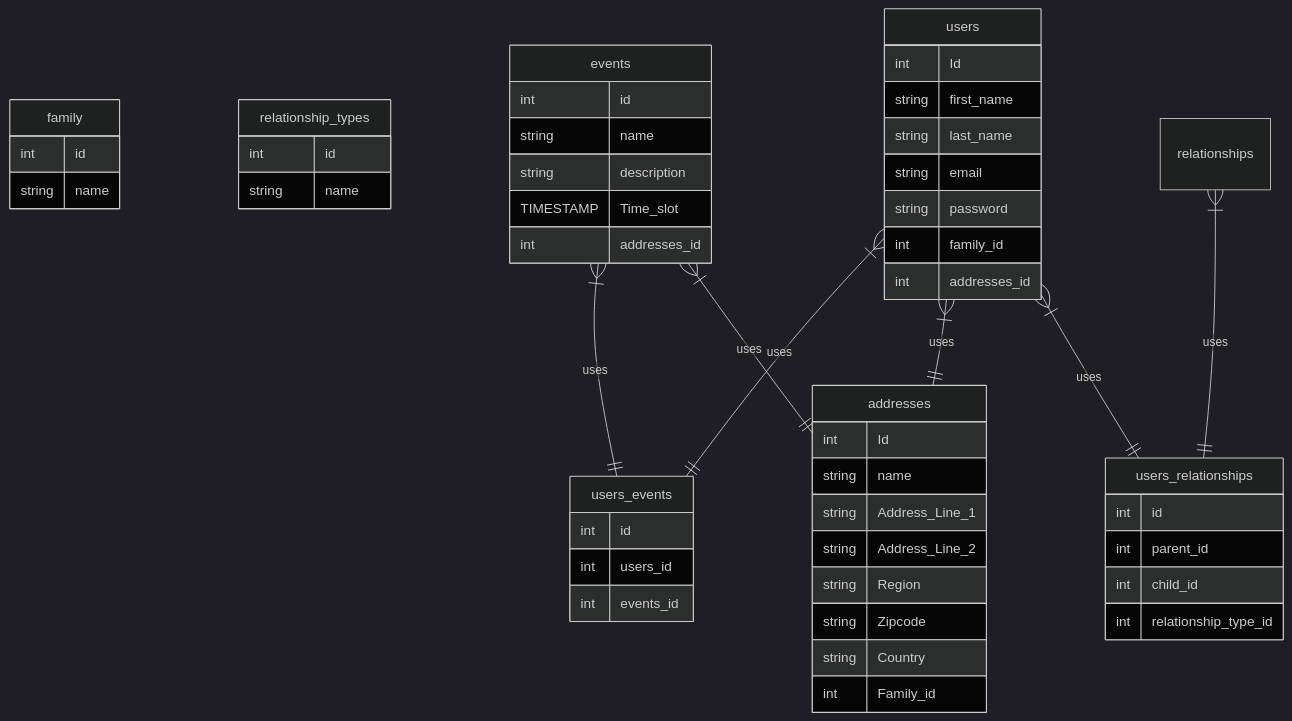
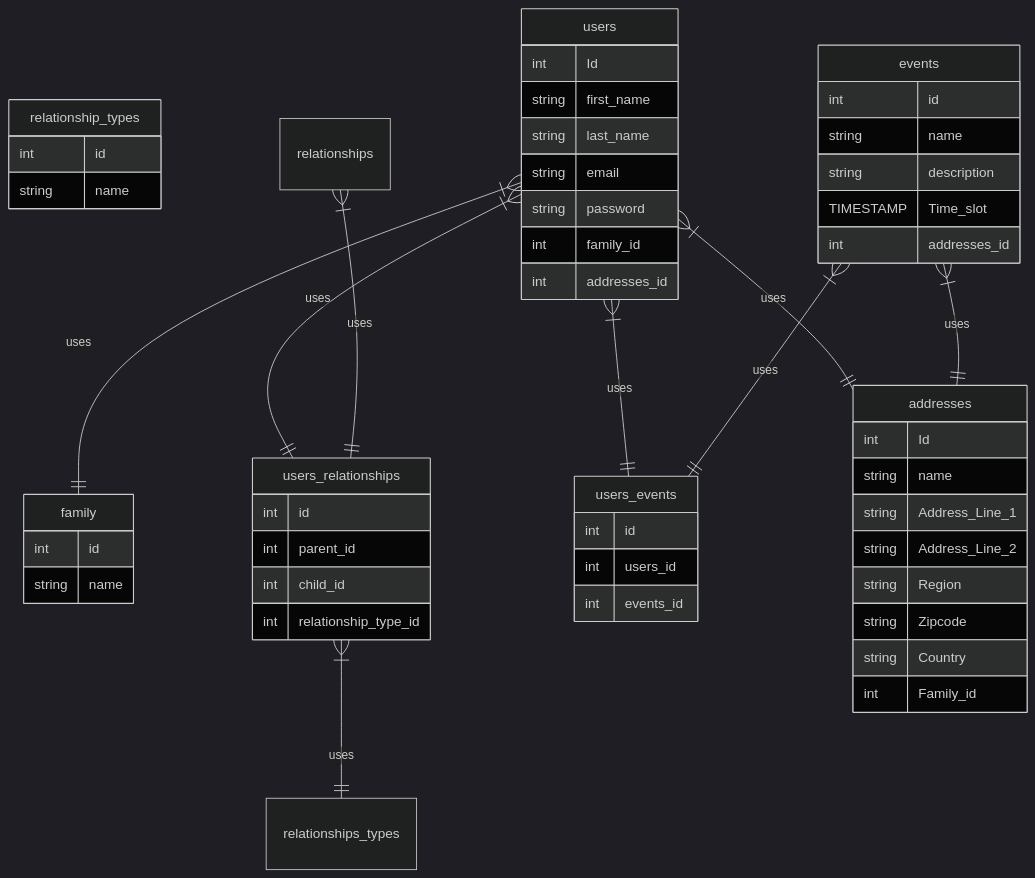
The second of 2 diagrams in README.md (ChrisUno/Childcare), drawn with Mermaid before and after one commit. The commit also changed other lines of this file, not shown here.

````diff
--- a/README.md
+++ b/README.md
@@ -45,62 +47,64 @@
 ``` mermaid
 %%{init: {'theme': 'dark' } }%%
 
 erDiagram
 
 
     family {
         int id
         string name
     }
     relationship_types {
         int id
         string name
     }
     users_relationships {
         int id
         int parent_id
         int child_id
         int relationship_type_id
     }
     events {
         int id
         string name
         string description
         TIMESTAMP Time_slot
         int addresses_id
     }
     users_events {
         int id
         int users_id
         int events_id
         
     }
     addresses {
         int Id
         string name
         string Address_Line_1
         string Address_Line_2
         string Region
         string Zipcode
         string Country
         int Family_id
     }
     users {
         int Id
         string first_name
         string last_name
         string email
         string password
         int family_id
         int addresses_id
     }
 
     users }|--|| users_relationships: "uses"
     relationships }|--|| users_relationships: "uses"
     users }|--|| addresses: "uses"
     users }|--|| users_events: "uses"
     events }|--|| addresses: "uses"
     events }|--|| users_events: "uses"
+    users_relationships }|--|| relationships_types: "uses"
+    users }|--|| family: "uses"
     
 
 ```
````
